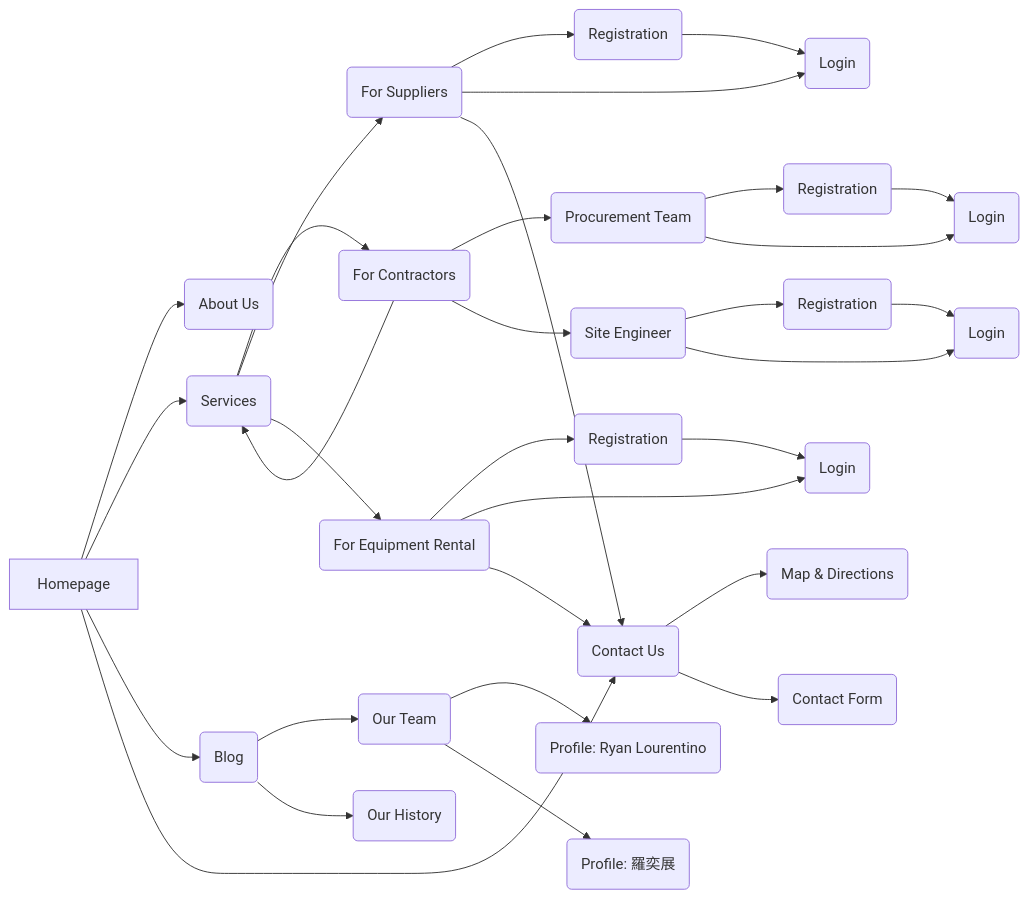
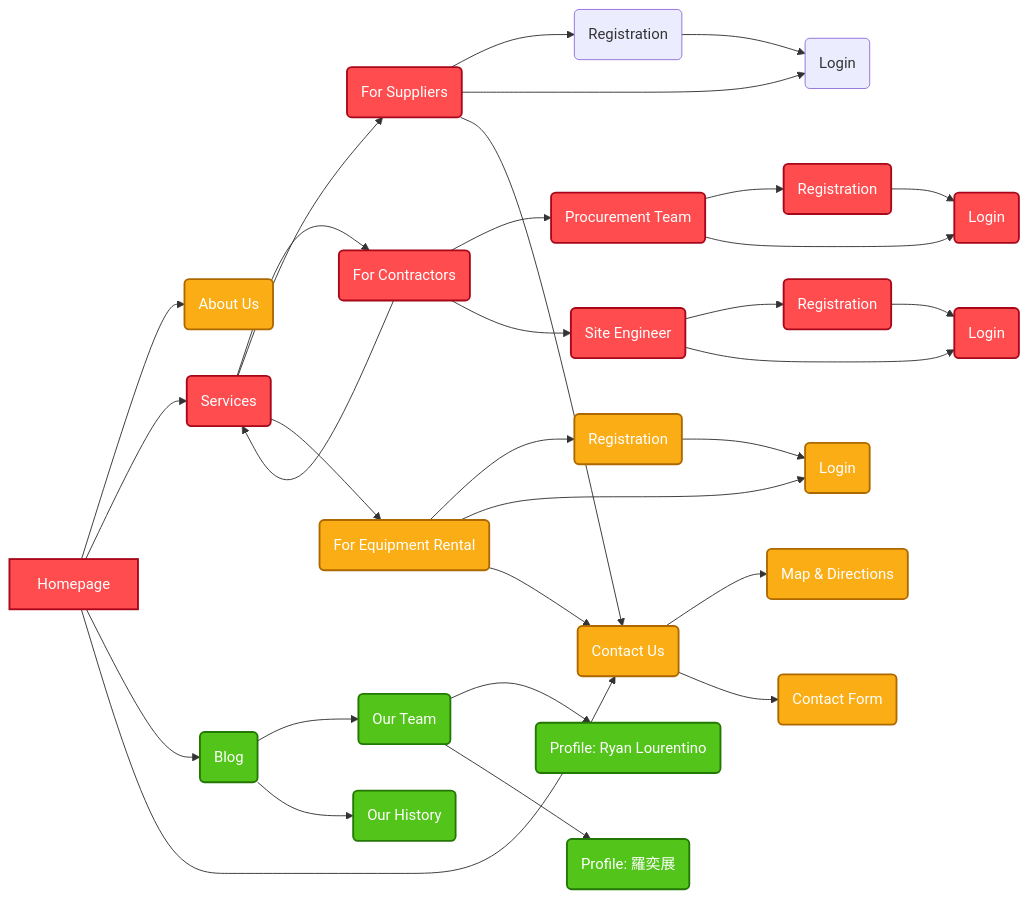
Before and after one commit to ryanlourentino/project-flow: the diagram in README.md, drawn with Mermaid.

Commit message:
add priority for every block

````diff
--- a/README.md
+++ b/README.md
@@ -19,42 +19,53 @@
 ```mermaid 
 graph LR
+
+	classDef high fill:#ff4d4f,stroke:#a8071a,stroke-width:2px,color:#ffffff;
+	classDef medium fill:#faad14,stroke:#ad6800,stroke-width:2px,color:#ffffff;
+	classDef low fill:#52c41a,stroke:#237804,stroke-width:2px,color:#ffffff;
+
+
 	A[Homepage] --> B(About Us)
 	A --> E(Services)
 	A --> C(Blog)
 	A --> D(Contact Us)
 
 	C --> C1(Our Team)
 	C --> C2(Our History)
 
 	C1 --> CA1(Profile: Ryan Lourentino)
 	C1 --> CA2(Profile: 羅奕展)
 
 	E --> Co1(For Contractors)
 	E --> Sup1(For Suppliers)
 	E --> ER1(For Equipment Rental)
 
 	Co1 --> Pro1(Procurement Team)
 	Co1 --> SE1(Site Engineer)
 	Co1 --> E
 
 	Pro1 --> Pro2(Registration)
 	Pro1 --> Pro3(Login)
 	Pro2 --> Pro3
 
 	SE1 --> SE2(Registration)
 	SE1 --> SE3(Login)
 	SE2 --> SE3
 
 	Sup1 --> Sup2(Registration)
 	Sup1 --> Sup3(Login)
 	Sup2 --> Sup3
 	Sup1 --> D
 
 	ER1 --> ER2(Registration)
 	ER1 --> ER3(Login)
 	ER2 --> ER3
 	ER1 --> D
 
 	D --> D1(Map & Directions)
 	D --> D2(Contact Form)
+
+	%%DefPriority
+	class A,E,Co1,Sup1,Pro1,Pro2,Pro3,SE1,SE2,SE3 high;
+	class B,ER1,ER2,ER3,D,D1,D2 medium;
+	class C,C1,C2,CA1,CA2 low;
 ```
````
